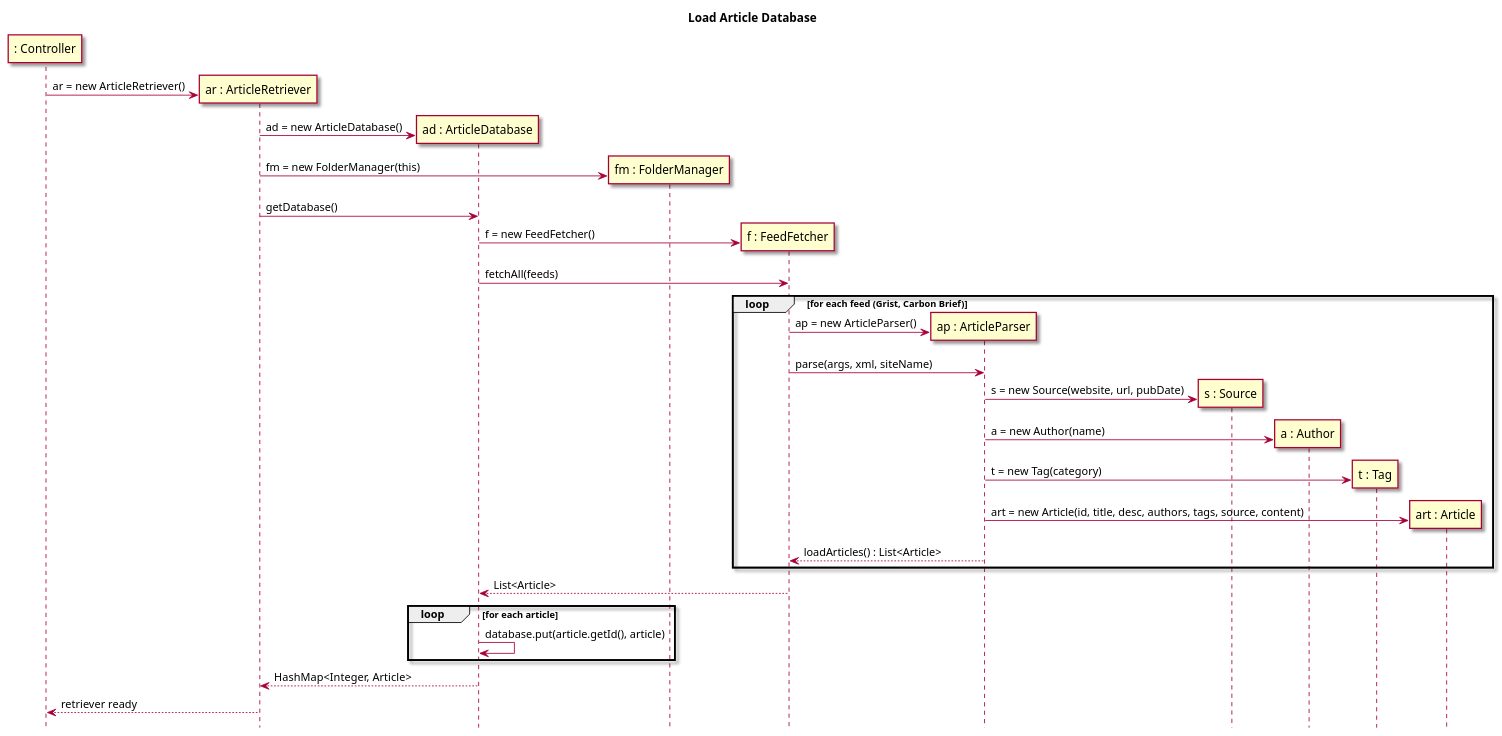
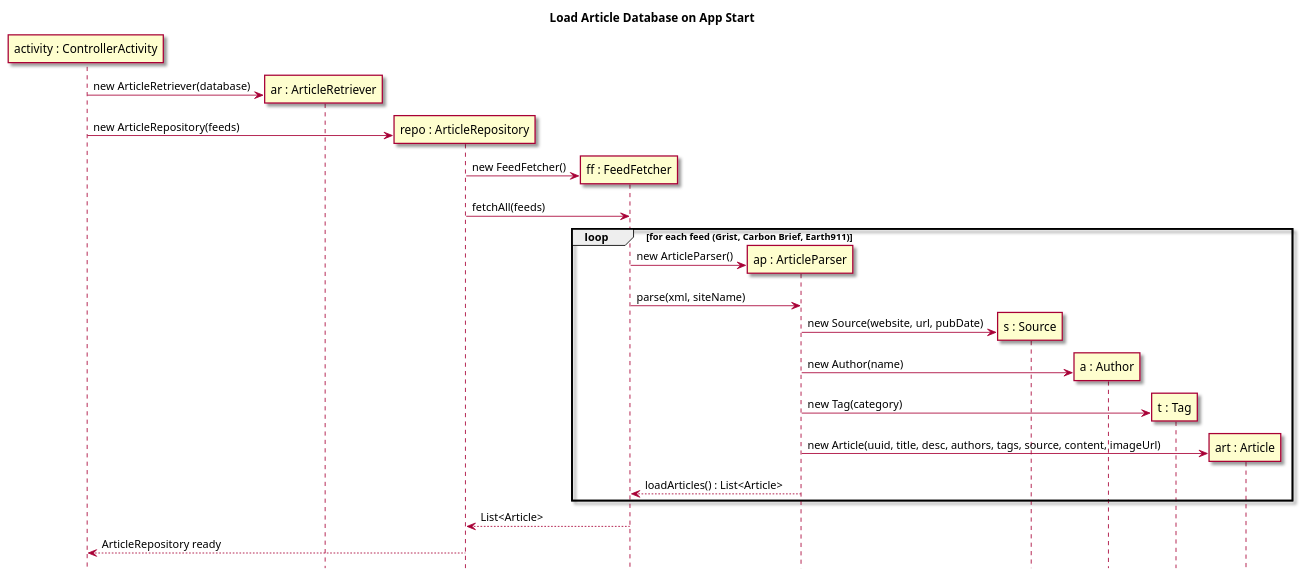
The second of 3 diagrams in intellij/doc/use-cases/access-article.md (owhitleym-ui/EcoScoop), drawn with PlantUML before and after one commit. The commit also changed other lines of this file and 12 other files, not shown here.

Commit message:
Updated documentation, class diagram, use cases, and readme

````diff
--- a/intellij/doc/use-cases/access-article.md
+++ b/intellij/doc/use-cases/access-article.md
@@ -71,55 +56,43 @@
 ```plantuml
 @startuml
-title Load Article Database
 skin rose
 hide footbox
+title Load Article Database on App Start
 
-participant ": Controller" as controller
+participant "activity : ControllerActivity" as controller
 
 create participant "ar : ArticleRetriever" as AR
-controller -> AR : ar = new ArticleRetriever()
+controller -> AR : new ArticleRetriever(database)
 
-create participant "ad : ArticleDatabase" as AD
-AR -> AD : ad = new ArticleDatabase()
+create participant "repo : ArticleRepository" as repo
+controller -> repo : new ArticleRepository(feeds)
 
-create participant "fm : FolderManager" as FM
-AR -> FM : fm = new FolderManager(this)
+create participant "ff : FeedFetcher" as FF
+repo -> FF : new FeedFetcher()
+repo -> FF : fetchAll(feeds)
 
-AR -> AD : getDatabase()
-
-create participant "f : FeedFetcher" as FF
-AD -> FF : f = new FeedFetcher()
-AD -> FF : fetchAll(feeds)
-
-loop for each feed (Grist, Carbon Brief)
+loop for each feed (Grist, Carbon Brief, Earth911)
   create participant "ap : ArticleParser" as AP
-  FF -> AP : ap = new ArticleParser()
-  FF -> AP : parse(args, xml, siteName)
+  FF -> AP : new ArticleParser()
+  FF -> AP : parse(xml, siteName)
 
   create participant "s : Source" as S
-  AP -> S : s = new Source(website, url, pubDate)
+  AP -> S : new Source(website, url, pubDate)
 
   create participant "a : Author" as A
-  AP -> A : a = new Author(name)
+  AP -> A : new Author(name)
 
   create participant "t : Tag" as T
-  AP -> T : t = new Tag(category)
+  AP -> T : new Tag(category)
 
   create participant "art : Article" as ART
-  AP -> ART : art = new Article(id, title, desc, authors, tags, source, content)
+  AP -> ART : new Article(uuid, title, desc, authors, tags, source, content, imageUrl)
 
   FF <-- AP : loadArticles() : List<Article>
 end
 
-AD <-- FF : List<Article>
-
-loop for each article
-  AD -> AD : database.put(article.getId(), article)
-end
-
-AR <-- AD : HashMap<Integer, Article>
-
-controller <-- AR : retriever ready
+repo <-- FF : List<Article>
+controller <-- repo : ArticleRepository ready
 
 @enduml
 ```
````
